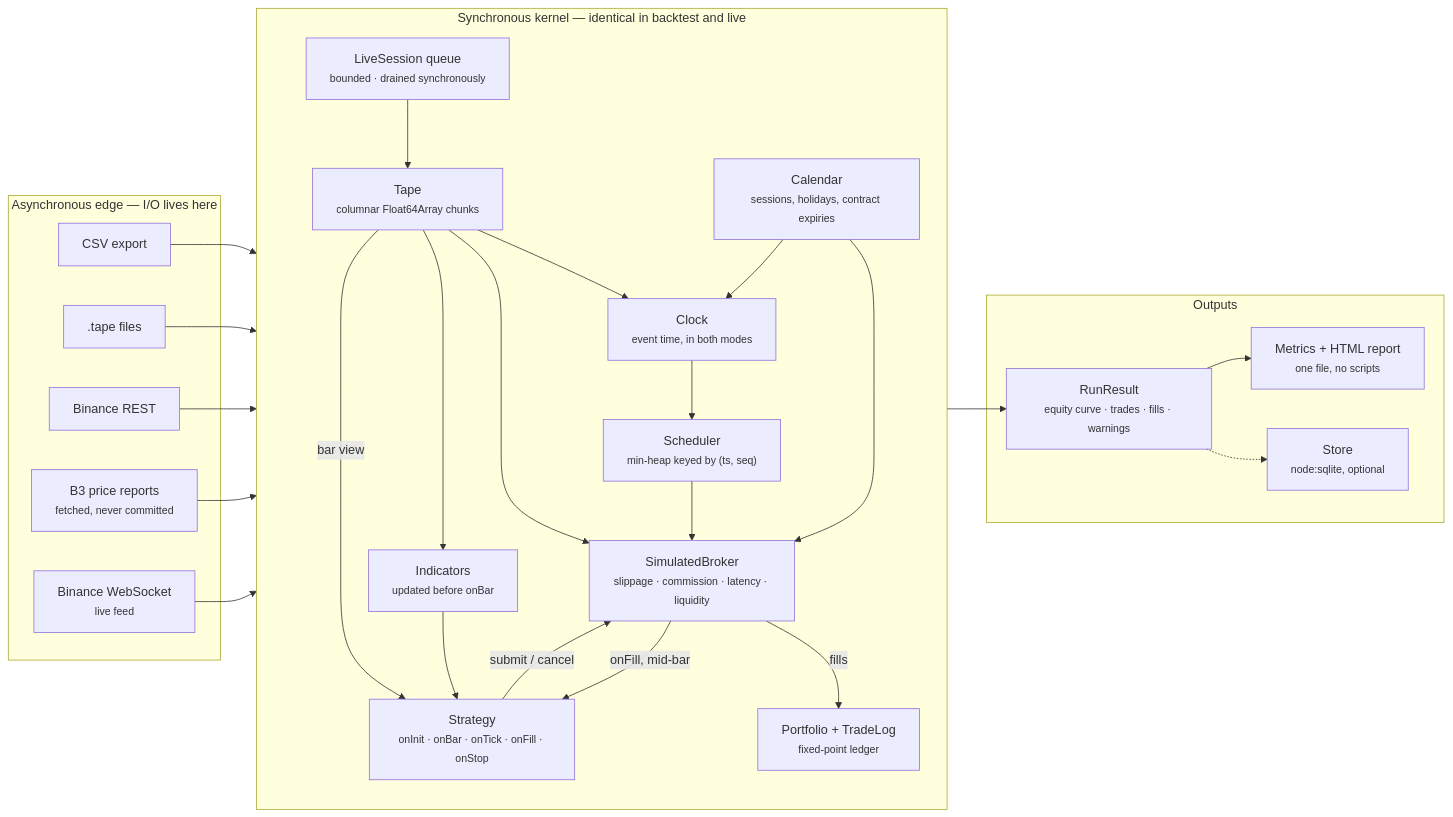
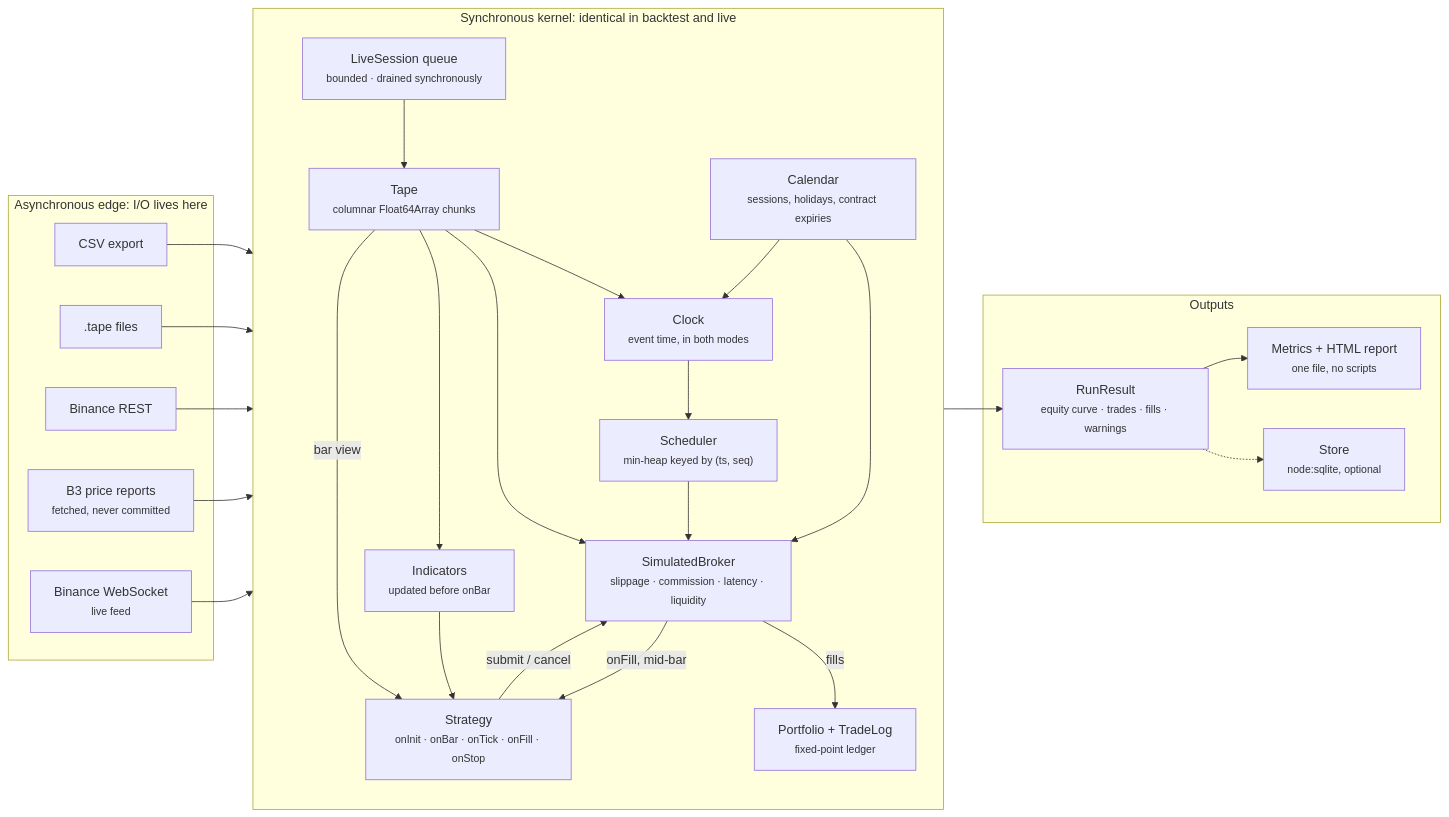
The diagram in README.md (naderfilho/Tapedeck), drawn with Mermaid before and after one commit. The commit also changed other lines of this file and 10 other files, not shown here.

````diff
--- a/README.md
+++ b/README.md
@@ -240,51 +240,51 @@
 ```mermaid
 flowchart LR
-  subgraph edge["Asynchronous edge — I/O lives here"]
+  subgraph edge["Asynchronous edge: I/O lives here"]
     csv["CSV export"]
     tape[".tape files"]
     rest["Binance REST"]
     ws["Binance WebSocket<br/><small>live feed</small>"]
     b3["B3 price reports<br/><small>fetched, never committed</small>"]
   end
 
-  subgraph kernel["Synchronous kernel — identical in backtest and live"]
+  subgraph kernel["Synchronous kernel: identical in backtest and live"]
     direction TB
     queue["LiveSession queue<br/><small>bounded · drained synchronously</small>"]
     chunks["Tape<br/><small>columnar Float64Array chunks</small>"]
     sched["Scheduler<br/><small>min-heap keyed by (ts, seq)</small>"]
     clock["Clock<br/><small>event time, in both modes</small>"]
     cal["Calendar<br/><small>sessions, holidays, contract expiries</small>"]
     broker["SimulatedBroker<br/><small>slippage · commission · latency · liquidity</small>"]
     ind["Indicators<br/><small>updated before onBar</small>"]
     strat["Strategy<br/><small>onInit · onBar · onTick · onFill · onStop</small>"]
     port["Portfolio + TradeLog<br/><small>fixed-point ledger</small>"]
   end
 
   subgraph out["Outputs"]
     result["RunResult<br/><small>equity curve · trades · fills · warnings</small>"]
     report["Metrics + HTML report<br/><small>one file, no scripts</small>"]
     store["Store<br/><small>node:sqlite, optional</small>"]
   end
 
   queue --> chunks
   csv --> chunks
   tape --> chunks
   rest --> chunks
   b3 --> chunks
   ws --> queue
   chunks --> clock
   clock --> sched
   cal --> broker
   cal --> clock
   sched --> broker
   chunks --> broker
   chunks --> ind
   ind --> strat
   broker -- "fills" --> port
   broker -- "onFill, mid-bar" --> strat
   chunks -- "bar view" --> strat
   strat -- "submit / cancel" --> broker
   port --> result
   result --> report
   result -.-> store
 ```
````
